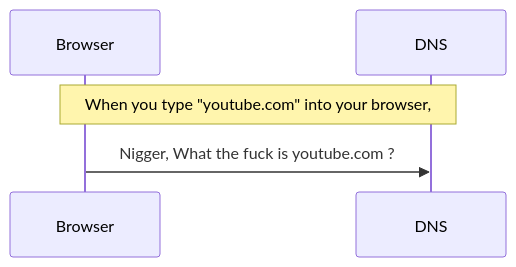
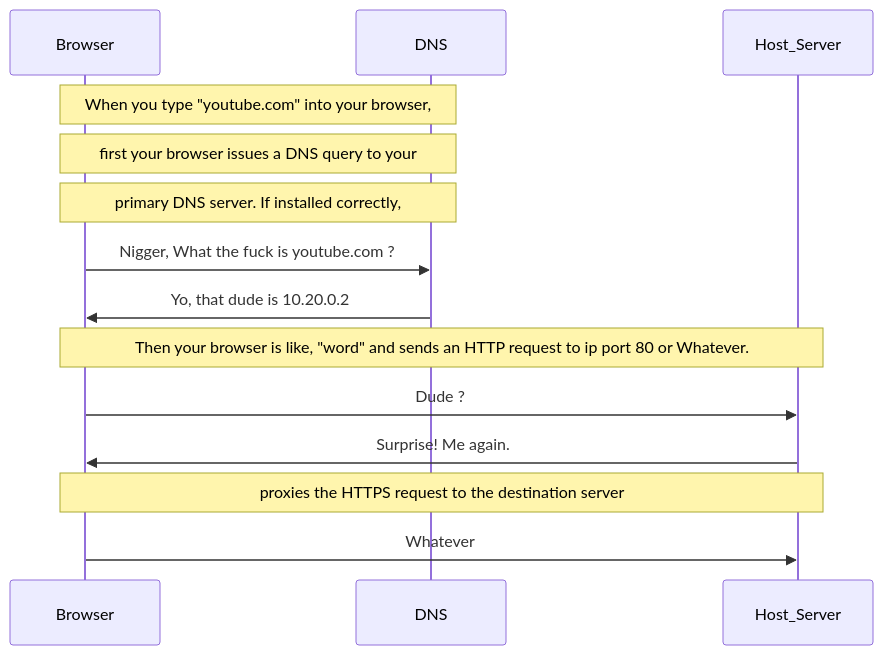
Before and after one commit to AnjeloPeiris711/Shadow-Clone-Jutsu: the diagram in README.md, drawn with Mermaid. The commit also changed other lines of this file, not shown here.

````diff
--- a/README.md
+++ b/README.md
@@ -146,8 +135,15 @@
 ```mermaid
 
 sequenceDiagram
     Note over Browser, DNS: When you type "youtube.com" into your browser,
+    Note over Browser, DNS: first your browser issues a DNS query to your
+    Note over Browser, DNS: primary DNS server. If installed correctly,
     Browser->>DNS: Nigger, What the fuck is youtube.com ?
-   
+    DNS->>Browser: Yo, that dude is 10.20.0.2
+    Note over Browser, Host_Server: Then your browser is like, "word" and sends an HTTP request to ip port 80 or Whatever.
+    Browser->>Host_Server: Dude ?
+    Host_Server->>Browser: Surprise! Me again.
+    Note over Browser, Host_Server: proxies the HTTPS request to the destination server
+    Browser->>Host_Server: Whatever
     
 ```
````
